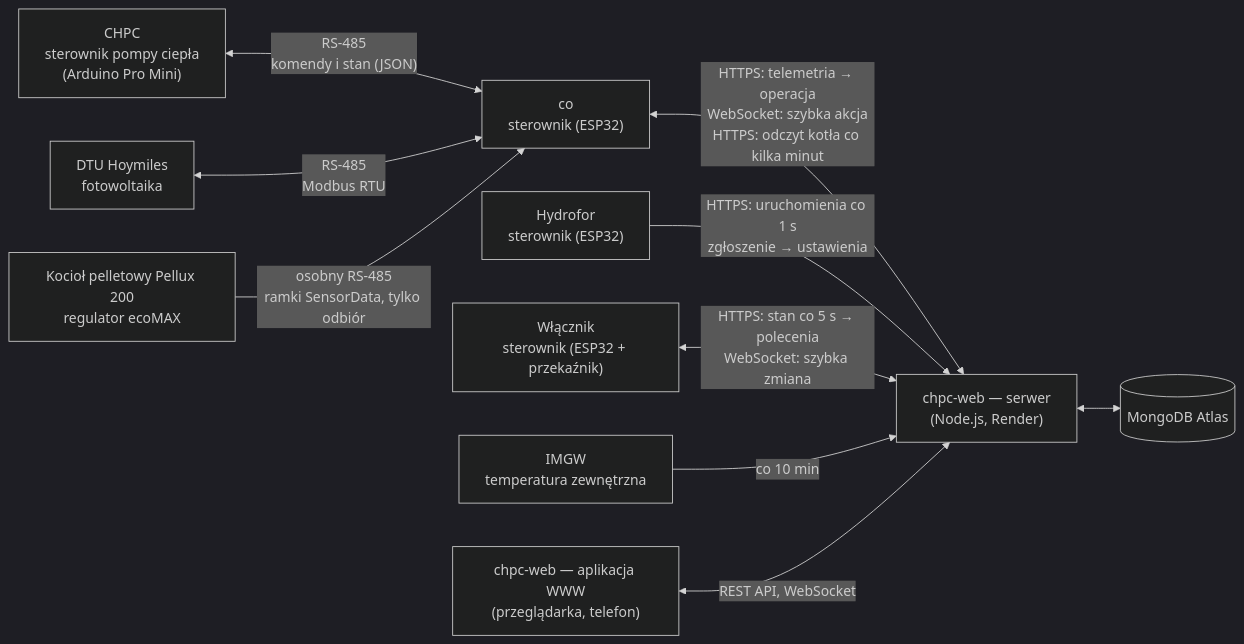
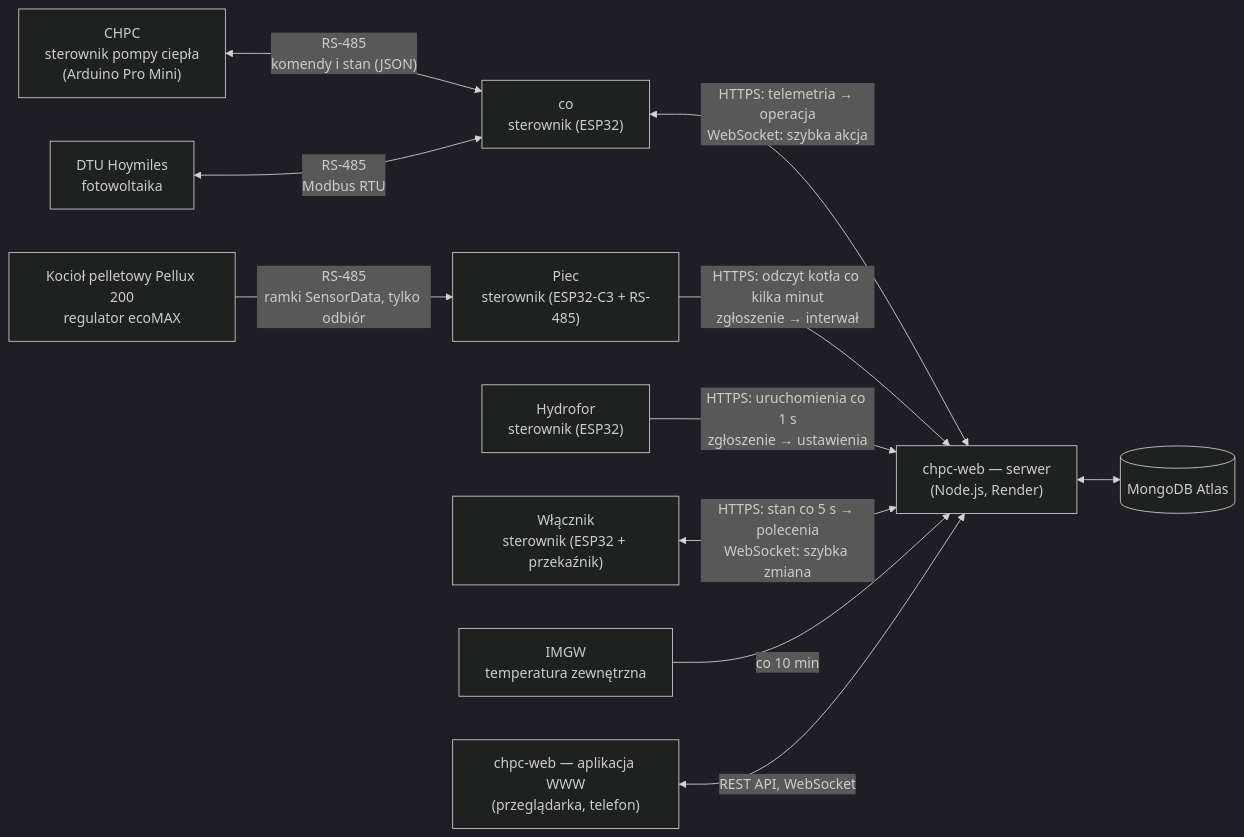
One commit to robertorlowski/chpc-web changed the diagram in docs/README.md. Above: the diagram before and after it, drawn with Mermaid (dark theme). The commit also changed other lines of this file and 51 other files, not shown here.

First line of the commit message:
Piec Pellux 200: osobny sterownik ESP32-C3 + HW-519, rola pieca usunięta z co

````diff
--- a/docs/README.md
+++ b/docs/README.md
@@ -17,23 +17,25 @@
 ```mermaid
 flowchart LR
     CHPC["CHPC<br/>sterownik pompy ciepła<br/>(Arduino Pro Mini)"]
     DTU["DTU Hoymiles<br/>fotowoltaika"]
     CO["co<br/>sterownik (ESP32)"]
     ECO["Kocioł pelletowy Pellux 200<br/>regulator ecoMAX"]
+    PEL["Piec<br/>sterownik (ESP32-C3 + RS-485)"]
     HYD["Hydrofor<br/>sterownik (ESP32)"]
     SW["Włącznik<br/>sterownik (ESP32 + przekaźnik)"]
     SRV["chpc-web — serwer<br/>(Node.js, Render)"]
     DB[("MongoDB Atlas")]
     WEB["chpc-web — aplikacja WWW<br/>(przeglądarka, telefon)"]
     IMGW["IMGW<br/>temperatura zewnętrzna"]
 
     CHPC <-- "RS-485<br/>komendy i stan (JSON)" --> CO
     DTU <-- "RS-485<br/>Modbus RTU" --> CO
-    ECO -- "osobny RS-485<br/>ramki SensorData, tylko odbiór" --> CO
-    CO <-- "HTTPS: telemetria → operacja<br/>WebSocket: szybka akcja<br/>HTTPS: odczyt kotła co kilka minut" --> SRV
+    ECO -- "RS-485<br/>ramki SensorData, tylko odbiór" --> PEL
+    CO <-- "HTTPS: telemetria → operacja<br/>WebSocket: szybka akcja" --> SRV
+    PEL -- "HTTPS: odczyt kotła co kilka minut<br/>zgłoszenie → interwał" --> SRV
     HYD -- "HTTPS: uruchomienia co 1 s<br/>zgłoszenie → ustawienia" --> SRV
     SW <-- "HTTPS: stan co 5 s → polecenia<br/>WebSocket: szybka zmiana" --> SRV
     IMGW -- "co 10 min" --> SRV
     SRV <--> DB
     WEB <-- "REST API, WebSocket" --> SRV
 ```
````
